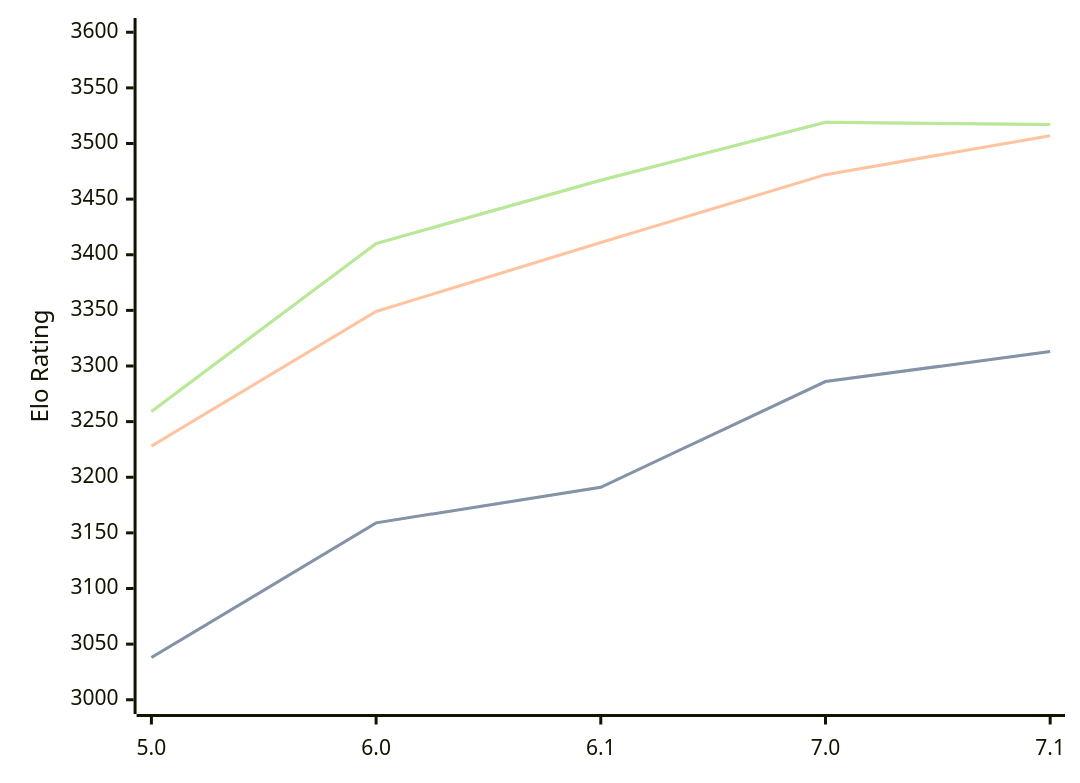
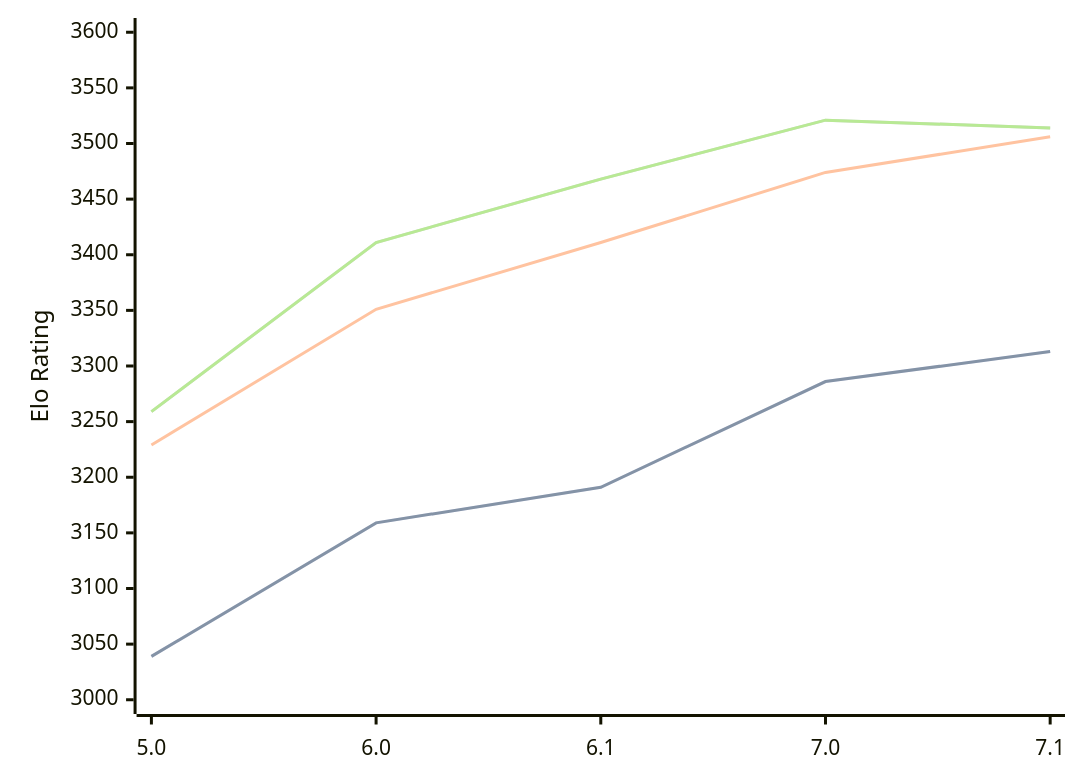
The third of 3 diagrams in engines/PZChessBot.md (computer-chess-index/cci), drawn with Mermaid before and after one commit. The commit also changed other lines of this file, not shown here.

Commit message:
Update CCI Ratings (ELO VLTC) - 2026-07-14

````diff
--- a/engines/PZChessBot.md
+++ b/engines/PZChessBot.md
@@ -77,11 +77,11 @@
 ```mermaid
 %%{init: {"theme":"base","themeVariables":{"seriesColors:['#a3a3a3','#222221','#faa371']}}}%%
 xychart-beta
   x-axis ["5.0", "6.0", "6.1", "7.0", "7.1"]
   y-axis "Elo Rating" 3000 --> 3600
-  line "STC (8.0+0.08s)" [3038, 3159, 3191, 3286, 3313]
-  line "STC (8.0+0.08s)" [3038, 3159, 3191, 3286, 3313]
-  line "LTC (60.0+0.60s)" [3228, 3349, 3411, 3472, 3507]
-  line "VLTC (2m24s+1.12s)" [3259, 3410, 3467, 3519, 3517]
-  line "VLTC (2m24s+1.12s)" [3259, 3410, 3467, 3519, 3517]
+  line "STC (8.0+0.08s)" [3039, 3159, 3191, 3286, 3313]
+  line "STC (8.0+0.08s)" [3039, 3159, 3191, 3286, 3313]
+  line "LTC (60.0+0.60s)" [3229, 3351, 3411, 3474, 3506]
+  line "VLTC (2m24s+1.12s)" [3259, 3411, 3468, 3521, 3514]
+  line "VLTC (2m24s+1.12s)" [3259, 3411, 3468, 3521, 3514]
 ```
````
